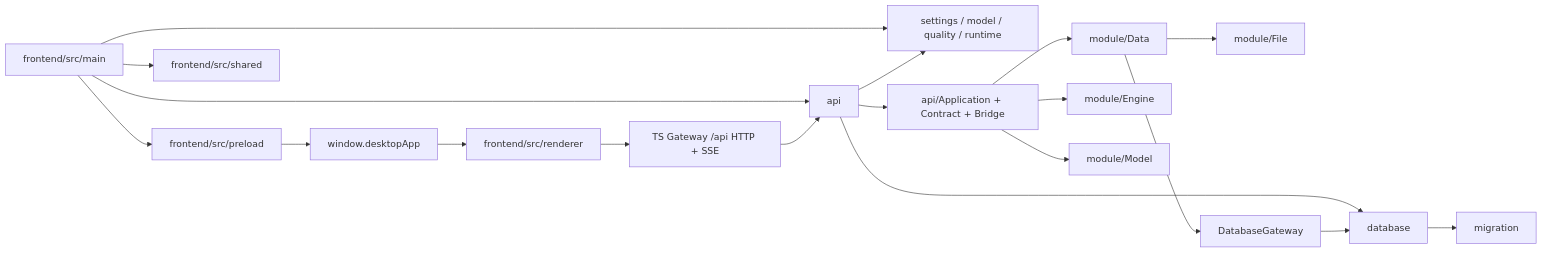
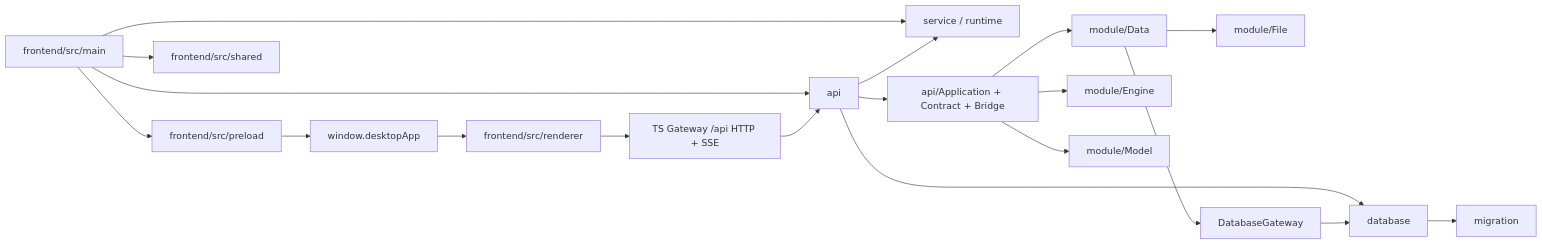
The first of 3 diagrams in docs/ARCHITECTURE.md (neavo/LinguaGacha), drawn with Mermaid before and after one commit. The commit also changed other lines of this file and 11 other files, not shown here.

````diff
--- a/docs/ARCHITECTURE.md
+++ b/docs/ARCHITECTURE.md
@@ -8,21 +8,21 @@
 ```mermaid
 flowchart LR
     A["frontend/src/main"] --> O["api"]
-    A --> P["settings / model / quality / runtime"]
+    A --> P["service / runtime"]
     O --> P
     O --> M["database"]
     O --> G["api/Application + Contract + Bridge"]
     M --> N["migration"]
     A --> B["frontend/src/preload"]
     A --> C["frontend/src/shared"]
     B --> D["window.desktopApp"]
     D --> E["frontend/src/renderer"]
     E --> F["TS Gateway /api HTTP + SSE"]
     F --> O
     G --> H["module/Data"]
     G --> I["module/Engine"]
     H --> J["module/File"]
     G --> K["module/Model"]
     H --> L["DatabaseGateway"]
     L --> M
 ```
````
